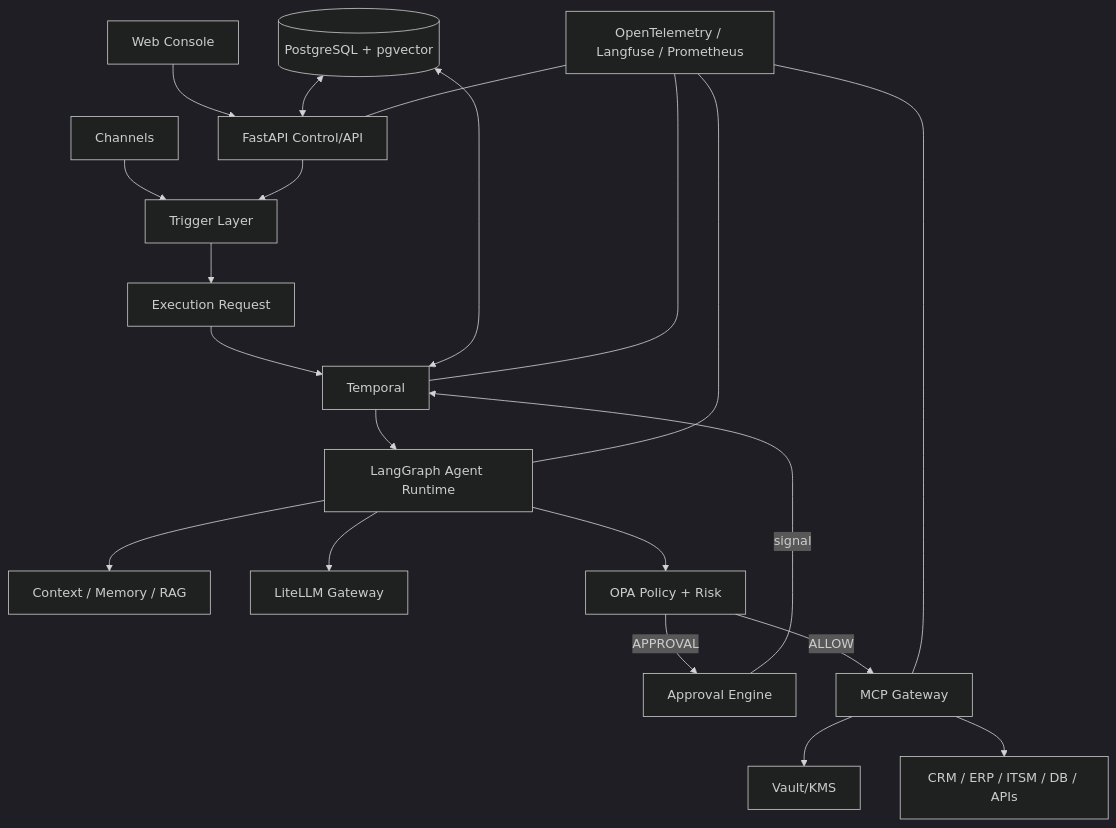
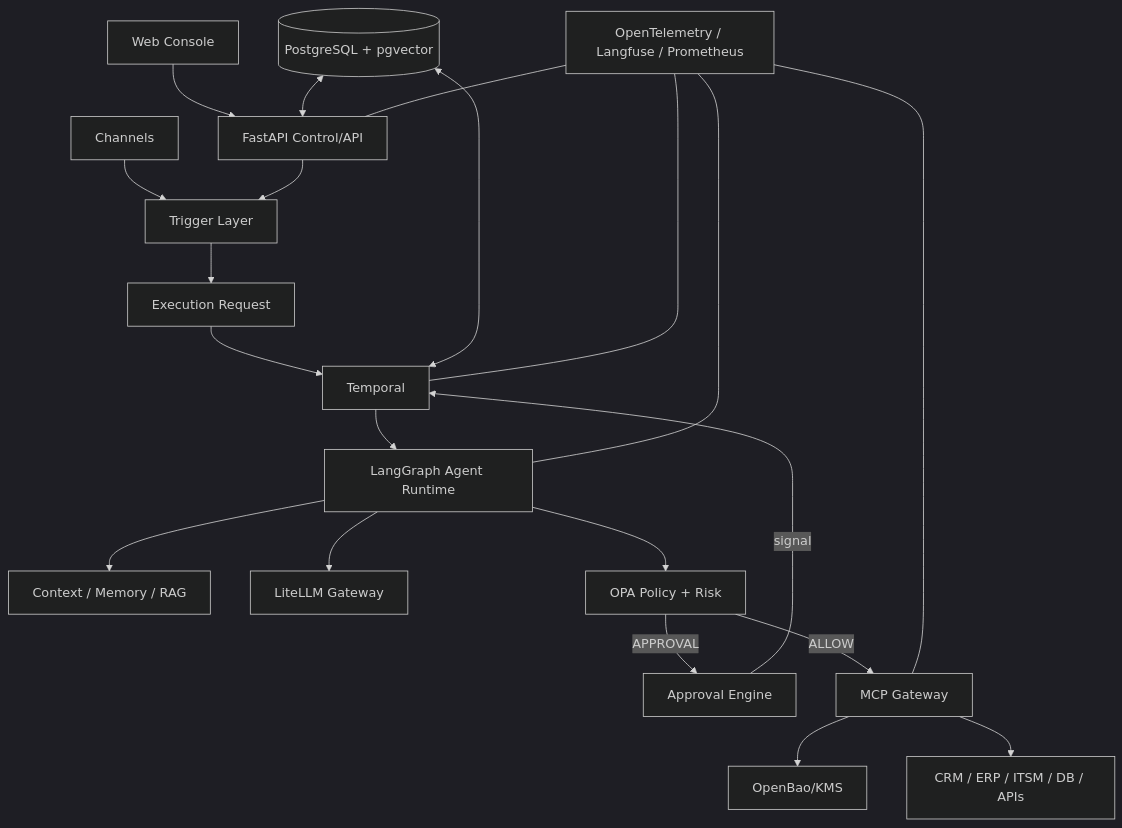
Before and after one commit to ivanross81-png/empleados-ia-langgraph: the diagram in docs/architecture/02-ENTERPRISE-ARCHITECTURE.md, drawn with Mermaid (dark theme). The commit also changed other lines of this file and 30 other files, not shown here.

````diff
--- a/docs/architecture/02-ENTERPRISE-ARCHITECTURE.md
+++ b/docs/architecture/02-ENTERPRISE-ARCHITECTURE.md
@@ -12,40 +12,40 @@
 ```mermaid
 flowchart TB
     UI[Web Console]
     CH[Channels]
     API[FastAPI Control/API]
     TR[Trigger Layer]
     ER[Execution Request]
     TW[Temporal]
     AG[LangGraph Agent Runtime]
     CTX[Context / Memory / RAG]
     LLM[LiteLLM Gateway]
     POL[OPA Policy + Risk]
     APR[Approval Engine]
     MCP[MCP Gateway]
-    SEC[Vault/KMS]
+    SEC[OpenBao/KMS]
     SYS[CRM / ERP / ITSM / DB / APIs]
     DB[(PostgreSQL + pgvector)]
     OBS[OpenTelemetry / Langfuse / Prometheus]
 
     UI --> API
     CH --> TR
     API --> TR
     TR --> ER
     ER --> TW
     TW --> AG
     AG --> CTX
     AG --> LLM
     AG --> POL
     POL -->|ALLOW| MCP
     POL -->|APPROVAL| APR
     APR -->|signal| TW
     MCP --> SEC
     MCP --> SYS
     DB <--> API
     DB <--> TW
     OBS --- API
     OBS --- TW
     OBS --- AG
     OBS --- MCP
 ```
````
